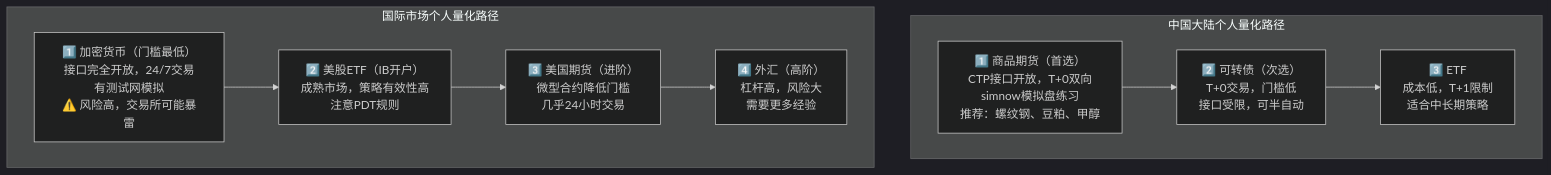
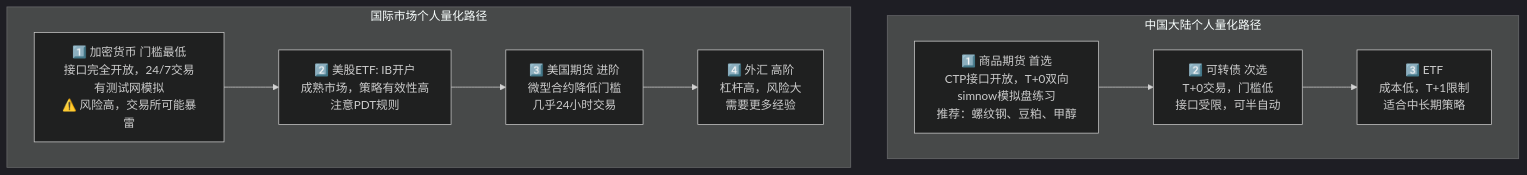
The second of 3 diagrams in content/articles/quant/quant-18-个人自动化量化交易入门.md (jpixy/jpixy.github.io), drawn with Mermaid (dark theme) before and after one commit. The commit also changed other lines of this file and 66 other files, not shown here.

Commit message:
fix: resolve Mermaid syntax errors by removing parentheses in node labels

````diff
--- a/content/articles/quant/quant-18-个人自动化量化交易入门.md
+++ b/content/articles/quant/quant-18-个人自动化量化交易入门.md
@@ -319,17 +319,17 @@
 ```mermaid
 graph TB
     subgraph 中国大陆["中国大陆个人量化路径"]
-        CN1["1️⃣ 商品期货（首选）<br/>CTP接口开放，T+0双向<br/>simnow模拟盘练习<br/>推荐：螺纹钢、豆粕、甲醇"]
-        CN2["2️⃣ 可转债（次选）<br/>T+0交易，门槛低<br/>接口受限，可半自动"]
+        CN1["1️⃣ 商品期货 首选<br/>CTP接口开放，T+0双向<br/>simnow模拟盘练习<br/>推荐：螺纹钢、豆粕、甲醇"]
+        CN2["2️⃣ 可转债 次选<br/>T+0交易，门槛低<br/>接口受限，可半自动"]
         CN3["3️⃣ ETF<br/>成本低，T+1限制<br/>适合中长期策略"]
         CN1 --> CN2 --> CN3
     end
     
     subgraph 国际市场["国际市场个人量化路径"]
-        INT1["1️⃣ 加密货币（门槛最低）<br/>接口完全开放，24/7交易<br/>有测试网模拟<br/>⚠️ 风险高，交易所可能暴雷"]
-        INT2["2️⃣ 美股ETF（IB开户）<br/>成熟市场，策略有效性高<br/>注意PDT规则"]
-        INT3["3️⃣ 美国期货（进阶）<br/>微型合约降低门槛<br/>几乎24小时交易"]
-        INT4["4️⃣ 外汇（高阶）<br/>杠杆高，风险大<br/>需要更多经验"]
+        INT1["1️⃣ 加密货币 门槛最低<br/>接口完全开放，24/7交易<br/>有测试网模拟<br/>⚠️ 风险高，交易所可能暴雷"]
+        INT2["2️⃣ 美股ETF: IB开户<br/>成熟市场，策略有效性高<br/>注意PDT规则"]
+        INT3["3️⃣ 美国期货 进阶<br/>微型合约降低门槛<br/>几乎24小时交易"]
+        INT4["4️⃣ 外汇 高阶<br/>杠杆高，风险大<br/>需要更多经验"]
         INT1 --> INT2 --> INT3 --> INT4
     end
 ```
````
